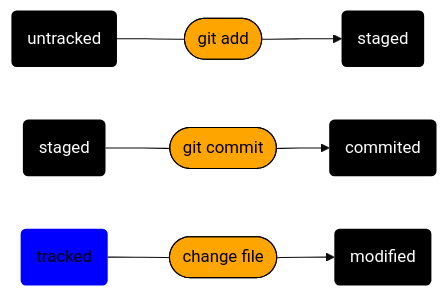
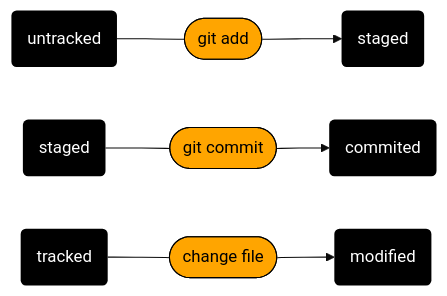
The diagram in README.md (Botalchik/Second-project), drawn with Mermaid (base theme) before and after one commit. The commit also changed other lines of this file, not shown here.

Commit message:
Создать гайд по Git:добавлен финальный вариант схемы статусов

````diff
--- a/README.md
+++ b/README.md
@@ -69,9 +63,8 @@
 ```mermaid
 flowchart LR
 classDef class1 fill:#000000,stroke:#000000,stroke-width:0px,color:#fff
 classDef class2 fill:#ffa500,stroke:#000000,stroke-width:1px,color:#000000
-classDef class3 fill:#0000ff,stroke:#000000,stroke-width:0px,color:#000000
 A(untracked):::class1---B([git add]):::class2-->C(staged):::class1
 D(staged):::class1---E([git commit]):::class2-->F(commited):::class1
-G(tracked):::class3---H([change file]):::class2-->I(modified):::class1
+G(tracked):::class1---H([change file]):::class2-->I(modified):::class1
 ```
````
